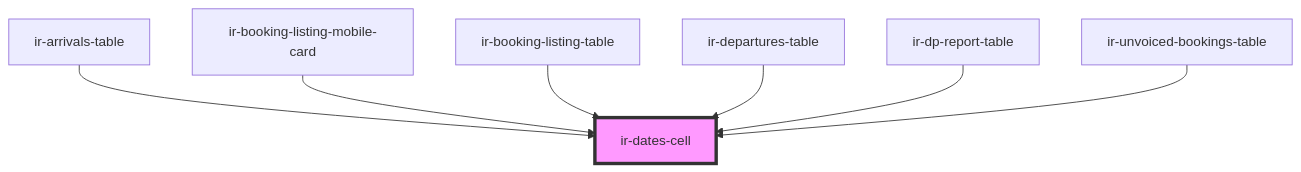
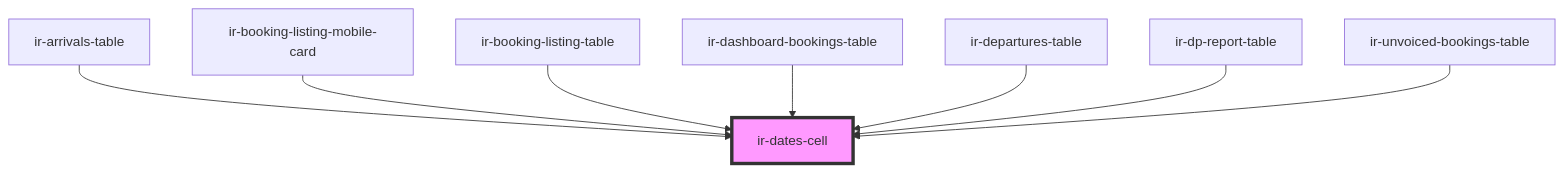
The diagram in src/components/table-cells/booking/ir-dates-cell/readme.md (RonyRizk/ir-webcmp), drawn with Mermaid before and after one commit. The commit also changed other lines of this file and 76 other files, not shown here.

````diff
--- a/src/components/table-cells/booking/ir-dates-cell/readme.md
+++ b/src/components/table-cells/booking/ir-dates-cell/readme.md
@@ -42,10 +41,11 @@
 ```mermaid
 graph TD;
   ir-arrivals-table --> ir-dates-cell
   ir-booking-listing-mobile-card --> ir-dates-cell
   ir-booking-listing-table --> ir-dates-cell
+  ir-dashboard-bookings-table --> ir-dates-cell
   ir-departures-table --> ir-dates-cell
   ir-dp-report-table --> ir-dates-cell
   ir-unvoiced-bookings-table --> ir-dates-cell
   style ir-dates-cell fill:#f9f,stroke:#333,stroke-width:4px
 ```
````
